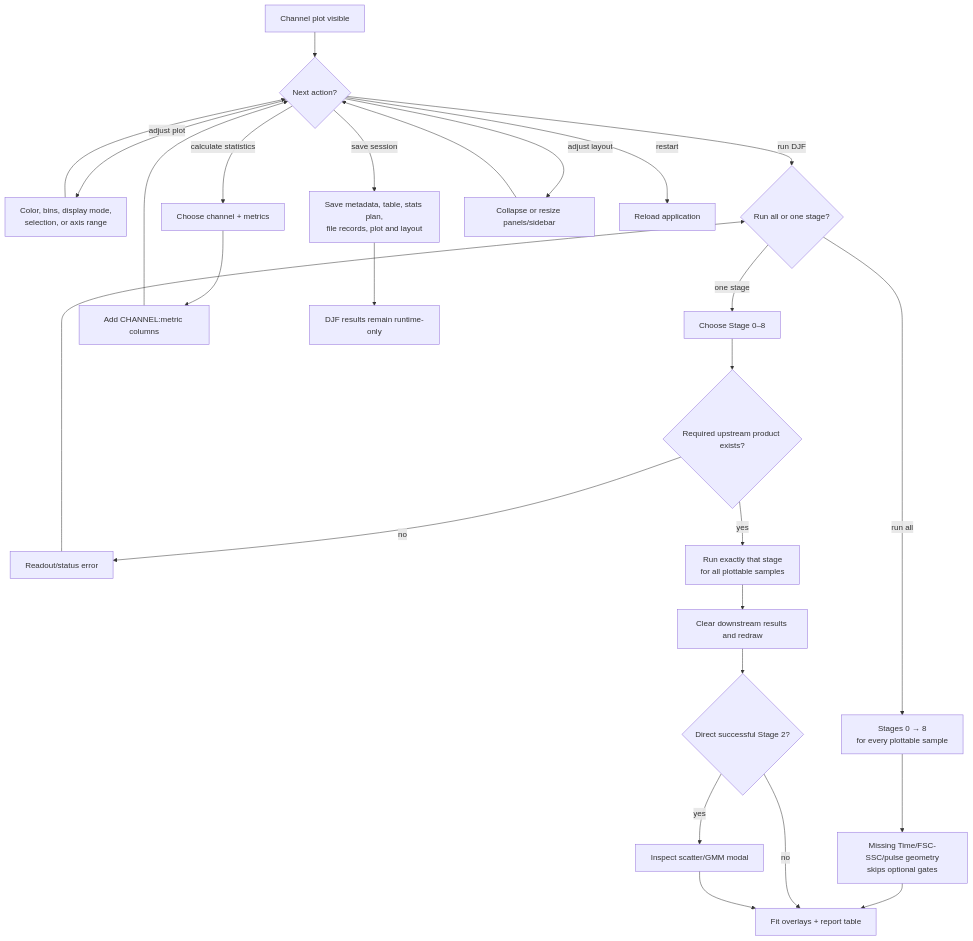
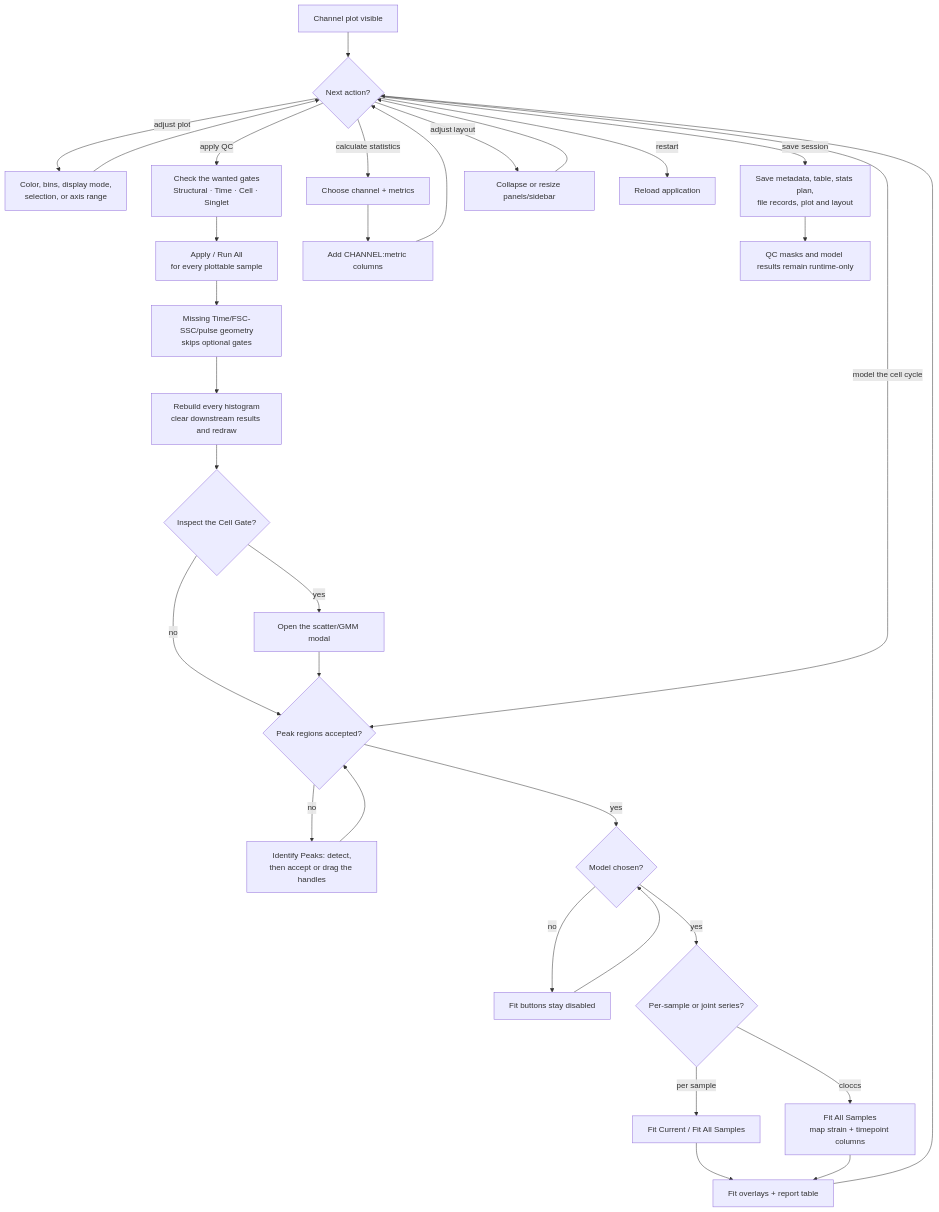
The eighth of 8 diagrams in docs/function-call-and-user-decision-graphs.md (Latent-Lens/phase_finder), drawn with Mermaid before and after one commit. The commit also changed other lines of this file and 15 other files, not shown here.

First line of the commit message:
docs(architecture): rewrite the diagrams for the current pipeline

````diff
--- a/docs/function-call-and-user-decision-graphs.md
+++ b/docs/function-call-and-user-decision-graphs.md
@@ -307,34 +307,40 @@
 ```mermaid
 flowchart TD
   A0["Channel plot visible"] --> A1{"Next action?"}
 
   A1 -- "adjust plot" --> A2["Color, bins, display mode,<br/>selection, or axis range"]
   A2 --> A1
 
-  A1 -- "run DJF" --> A3{"Run all or one stage?"}
-  A3 -- "run all" --> A4["Stages 0 → 8<br/>for every plottable sample"]
+  A1 -- "apply QC" --> A3["Check the wanted gates<br/>Structural · Time · Cell · Singlet"]
+  A3 --> A4["Apply / Run All<br/>for every plottable sample"]
   A4 --> A5["Missing Time/FSC-SSC/pulse geometry<br/>skips optional gates"]
-  A5 --> A9["Fit overlays + report table"]
+  A5 --> A11["Rebuild every histogram<br/>clear downstream results and redraw"]
+  A11 --> A12{"Inspect the Cell Gate?"}
+  A12 -- "yes" --> A13["Open the scatter/GMM modal"]
+  A12 -- "no" --> A14
+  A13 --> A14
 
-  A3 -- "one stage" --> A6["Choose Stage 0–8"]
-  A6 --> A7{"Required upstream product exists?"}
-  A7 -- "no" --> A8["Readout/status error"]
-  A7 -- "yes" --> A10["Run exactly that stage<br/>for all plottable samples"]
-  A10 --> A11["Clear downstream results and redraw"]
-  A11 --> A12{"Direct successful Stage 2?"}
-  A12 -- "yes" --> A13["Inspect scatter/GMM modal"]
-  A12 -- "no" --> A9
-  A13 --> A9
-  A8 --> A3
+  A1 -- "model the cell cycle" --> A14{"Peak regions accepted?"}
+  A14 -- "no" --> A15["Identify Peaks: detect,<br/>then accept or drag the handles"]
+  A15 --> A14
+  A14 -- "yes" --> A16{"Model chosen?"}
+  A16 -- "no" --> A17["Fit buttons stay disabled"]
+  A17 --> A16
+  A16 -- "yes" --> A18{"Per-sample or joint series?"}
+  A18 -- "per sample" --> A19["Fit Current / Fit All Samples"]
+  A18 -- "cloccs" --> A20["Fit All Samples<br/>map strain + timepoint columns"]
+  A19 --> A9
+  A20 --> A9
+  A9["Fit overlays + report table"] --> A1
 
   A1 -- "calculate statistics" --> B0["Choose channel + metrics"]
   B0 --> B1["Add CHANNEL:metric columns"]
   B1 --> A1
 
   A1 -- "save session" --> C0["Save metadata, table, stats plan,<br/>file records, plot and layout"]
-  C0 --> C1["DJF results remain runtime-only"]
+  C0 --> C1["QC masks and model results remain runtime-only"]
 
   A1 -- "adjust layout" --> D0["Collapse or resize panels/sidebar"]
   D0 --> A1
   A1 -- "restart" --> D1["Reload application"]
 ```
````
